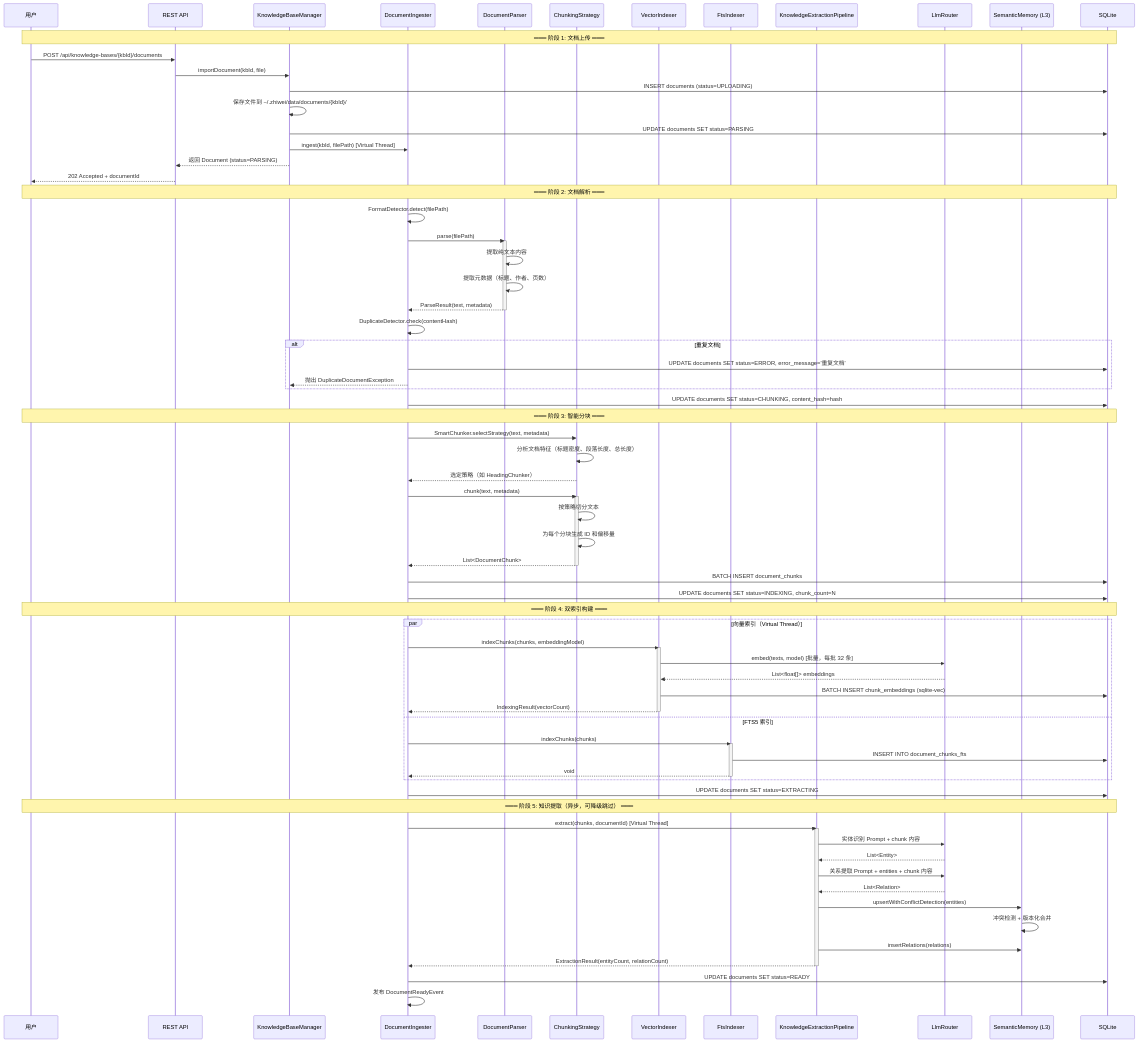
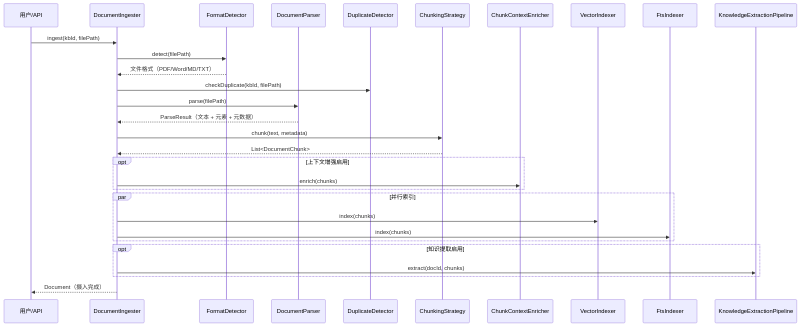
The second of 3 diagrams in docs/architecture/knowledge-base.md (ntygod/LifePilot), drawn with Mermaid before and after one commit. The commit also changed other lines of this file and 1 other file, not shown here.

Commit message:
docs(knowledge): 重写 knowledge-base 架构文档和特性文档

````diff
--- a/docs/architecture/knowledge-base.md
+++ b/docs/architecture/knowledge-base.md
@@ -564,97 +146,37 @@
 ```mermaid
 sequenceDiagram
-    participant User as 用户
-    participant API as REST API
-    participant KBM as KnowledgeBaseManager
+    participant U as 用户/API
     participant DI as DocumentIngester
+    participant FD as FormatDetector
     participant DP as DocumentParser
+    participant DD as DuplicateDetector
     participant CS as ChunkingStrategy
+    participant CE as ChunkContextEnricher
     participant VI as VectorIndexer
     participant FI as FtsIndexer
     participant KEP as KnowledgeExtractionPipeline
-    participant LR as LlmRouter
-    participant SM as SemanticMemory (L3)
-    participant DB as SQLite
 
-    Note over User,DB: ═══ 阶段 1: 文档上传 ═══
+    U->>DI: ingest(kbId, filePath)
+    DI->>FD: detect(filePath)
+    FD-->>DI: 文件格式（PDF/Word/MD/TXT）
+    DI->>DD: checkDuplicate(kbId, filePath)
+    DI->>DP: parse(filePath)
+    DP-->>DI: ParseResult（文本 + 元素 + 元数据）
+    DI->>CS: chunk(text, metadata)
+    CS-->>DI: List<DocumentChunk>
 
-    User->>API: POST /api/knowledge-bases/{kbId}/documents
-    API->>KBM: importDocument(kbId, file)
-    KBM->>DB: INSERT documents (status=UPLOADING)
-    KBM->>KBM: 保存文件到 ~/.zhiwei/data/documents/{kbId}/
-    KBM->>DB: UPDATE documents SET status=PARSING
-    KBM->>DI: ingest(kbId, filePath) [Virtual Thread]
-    KBM-->>API: 返回 Document (status=PARSING)
-    API-->>User: 202 Accepted + documentId
-
-    Note over User,DB: ═══ 阶段 2: 文档解析 ═══
-
-    DI->>DI: FormatDetector.detect(filePath)
-    DI->>DP: parse(filePath)
-    activate DP
-    DP->>DP: 提取纯文本内容
-    DP->>DP: 提取元数据（标题、作者、页数）
-    DP-->>DI: ParseResult(text, metadata)
-    deactivate DP
-
-    DI->>DI: DuplicateDetector.check(contentHash)
-    alt 重复文档
-        DI->>DB: UPDATE documents SET status=ERROR, error_message='重复文档'
-        DI-->>KBM: 抛出 DuplicateDocumentException
+    opt 上下文增强启用
+        DI->>CE: enrich(chunks)
     end
 
-    DI->>DB: UPDATE documents SET status=CHUNKING, content_hash=hash
-
-    Note over User,DB: ═══ 阶段 3: 智能分块 ═══
-
-    DI->>CS: SmartChunker.selectStrategy(text, metadata)
-    CS->>CS: 分析文档特征（标题密度、段落长度、总长度）
-    CS-->>DI: 选定策略（如 HeadingChunker）
-
-    DI->>CS: chunk(text, metadata)
-    activate CS
-    CS->>CS: 按策略切分文本
-    CS->>CS: 为每个分块生成 ID 和偏移量
-    CS-->>DI: List<DocumentChunk>
-    deactivate CS
-
-    DI->>DB: BATCH INSERT document_chunks
-    DI->>DB: UPDATE documents SET status=INDEXING, chunk_count=N
-
-    Note over User,DB: ═══ 阶段 4: 双索引构建 ═══
-
-    par 向量索引（Virtual Thread）
-        DI->>VI: indexChunks(chunks, embeddingModel)
-        activate VI
-        VI->>LR: embed(texts, model) [批量，每批 32 条]
-        LR-->>VI: List<float[]> embeddings
-        VI->>DB: BATCH INSERT chunk_embeddings (sqlite-vec)
-        VI-->>DI: IndexingResult(vectorCount)
-        deactivate VI
-    and FTS5 索引
-        DI->>FI: indexChunks(chunks)
-        activate FI
-        FI->>DB: INSERT INTO document_chunks_fts
-        FI-->>DI: void
-        deactivate FI
+    par 并行索引
+        DI->>VI: index(chunks)
+        DI->>FI: index(chunks)
     end
 
-    DI->>DB: UPDATE documents SET status=EXTRACTING
+    opt 知识提取启用
+        DI->>KEP: extract(docId, chunks)
+    end
 
-    Note over User,DB: ═══ 阶段 5: 知识提取（异步，可降级跳过） ═══
-
-    DI->>KEP: extract(chunks, documentId) [Virtual Thread]
-    activate KEP
-    KEP->>LR: 实体识别 Prompt + chunk 内容
-    LR-->>KEP: List<Entity>
-    KEP->>LR: 关系提取 Prompt + entities + chunk 内容
-    LR-->>KEP: List<Relation>
-    KEP->>SM: upsertWithConflictDetection(entities)
-    SM->>SM: 冲突检测 + 版本化合并
-    KEP->>SM: insertRelations(relations)
-    KEP-->>DI: ExtractionResult(entityCount, relationCount)
-    deactivate KEP
-
-    DI->>DB: UPDATE documents SET status=READY
-    DI->>DI: 发布 DocumentReadyEvent
+    DI-->>U: Document（摄入完成）
 ```
````
